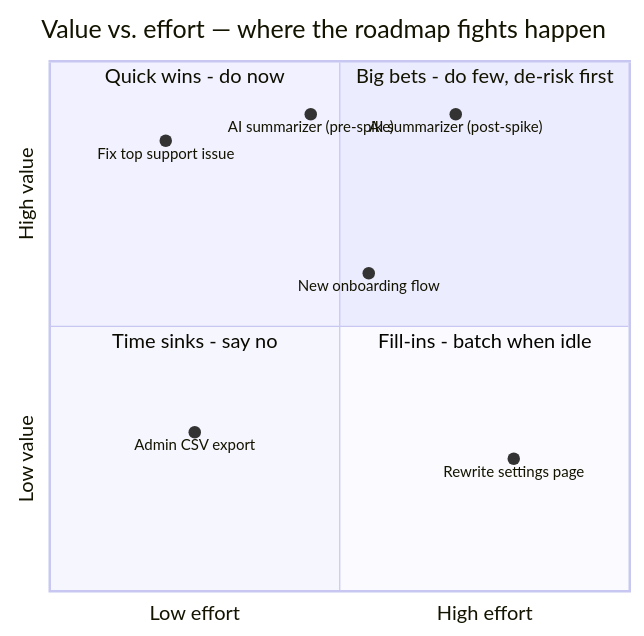
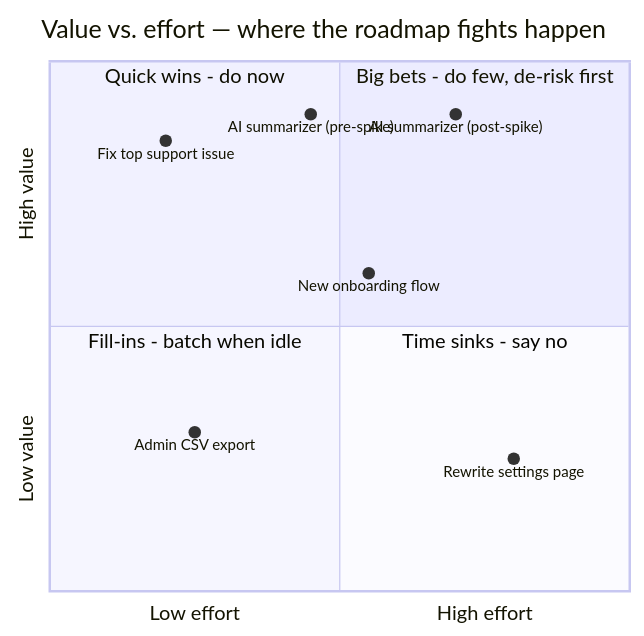
Before and after one commit to aakashagg123/gatsby: the diagram in technical-product-management/prioritization-and-roadmaps.md, drawn with Mermaid. The commit also changed other lines of this file and 26 other files, not shown here.

````diff
--- a/technical-product-management/prioritization-and-roadmaps.md
+++ b/technical-product-management/prioritization-and-roadmaps.md
@@ -82,16 +51,16 @@
 ```mermaid
 quadrantChart
     title Value vs. effort — where the roadmap fights happen
     x-axis Low effort --> High effort
     y-axis Low value --> High value
     quadrant-1 Big bets - do few, de-risk first
     quadrant-2 Quick wins - do now
-    quadrant-3 Time sinks - say no
-    quadrant-4 Fill-ins - batch when idle
+    quadrant-3 Fill-ins - batch when idle
+    quadrant-4 Time sinks - say no
     "Fix top support issue": [0.2, 0.85]
     "AI summarizer (post-spike)": [0.7, 0.9]
     "AI summarizer (pre-spike)": [0.45, 0.9]
     "New onboarding flow": [0.55, 0.6]
     "Admin CSV export": [0.25, 0.3]
     "Rewrite settings page": [0.8, 0.25]
 ```
````
